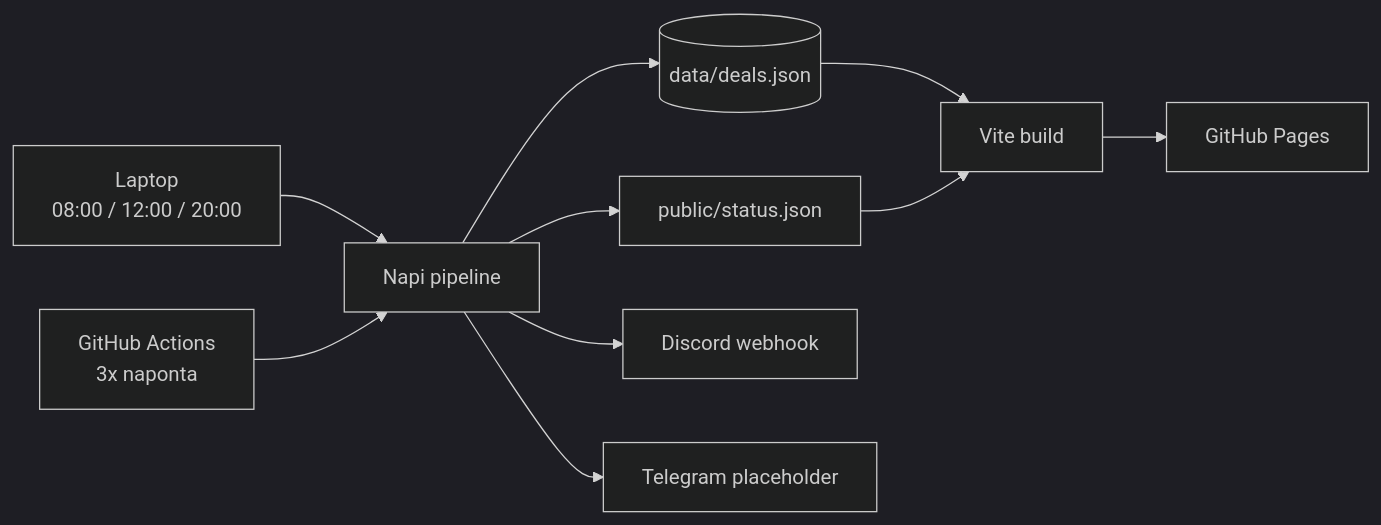
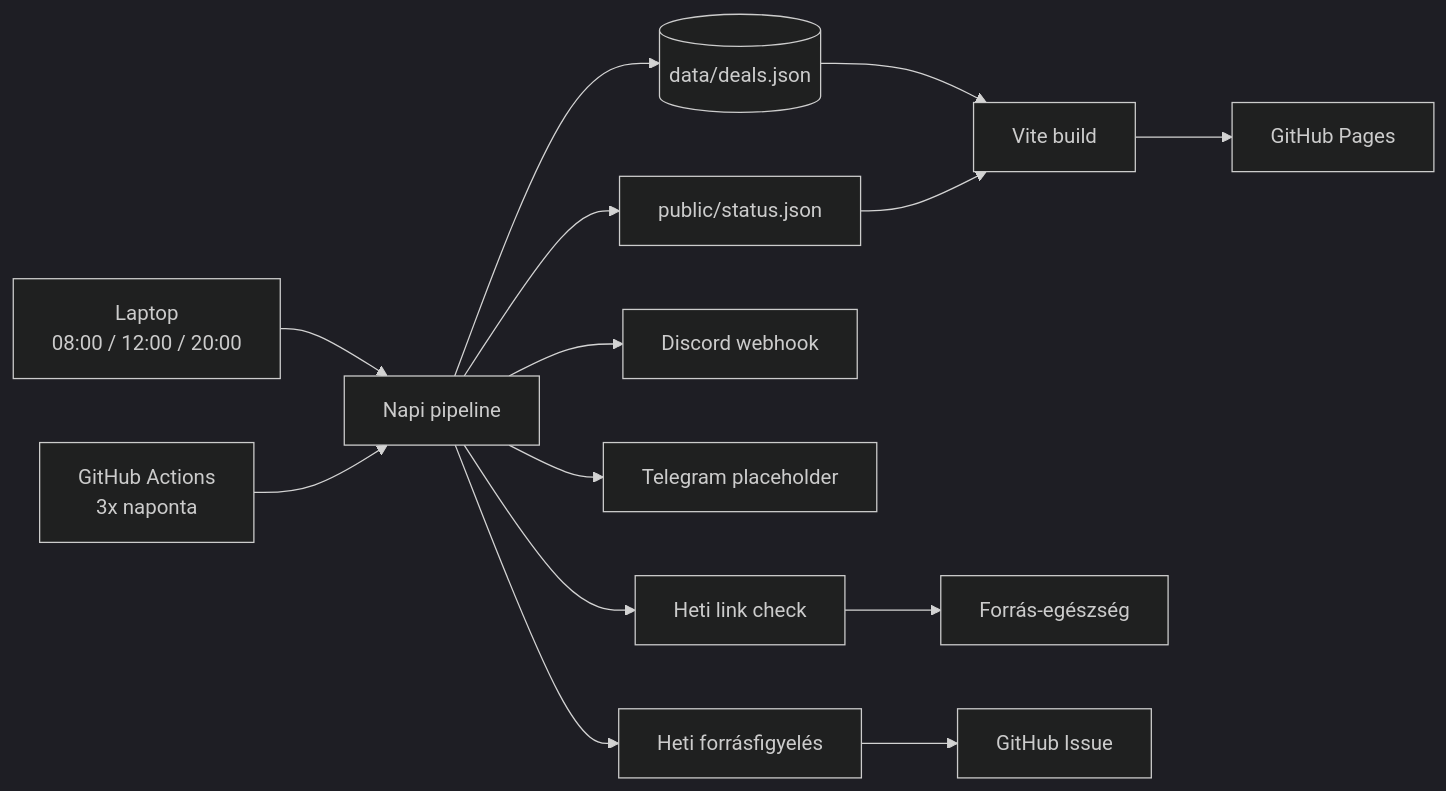
One commit to Gyuri125/big-deal-radar changed the first of 2 diagrams in README.md. Above: the diagram before and after it, drawn with Mermaid (dark theme). The commit also changed other lines of this file and 17 other files, not shown here.

````diff
--- a/README.md
+++ b/README.md
@@ -99,12 +103,16 @@
 ```mermaid
 flowchart LR
   L[Laptop<br/>08:00 / 12:00 / 20:00] --> P[Napi pipeline]
   A[GitHub Actions<br/>3x naponta] --> P
   P --> D[(data/deals.json)]
   P --> S[public/status.json]
   D --> B[Vite build]
   S --> B
   B --> G[GitHub Pages]
   P --> DC[Discord webhook]
   P --> TG[Telegram placeholder]
+  P --> LC[Heti link check]
+  P --> SM[Heti forrásfigyelés]
+  LC --> H[Forrás-egészség]
+  SM --> I[GitHub Issue]
 ```
````
